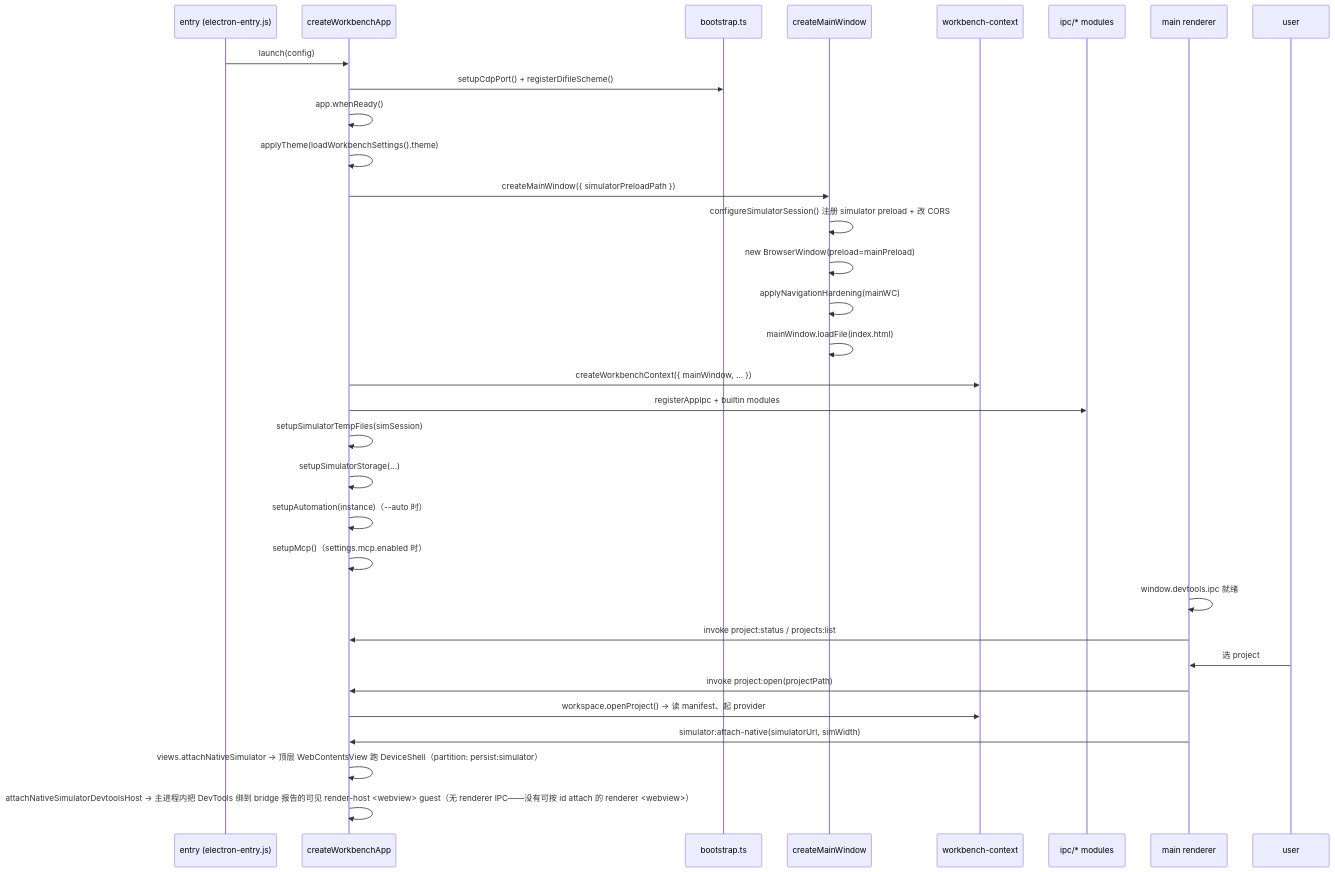
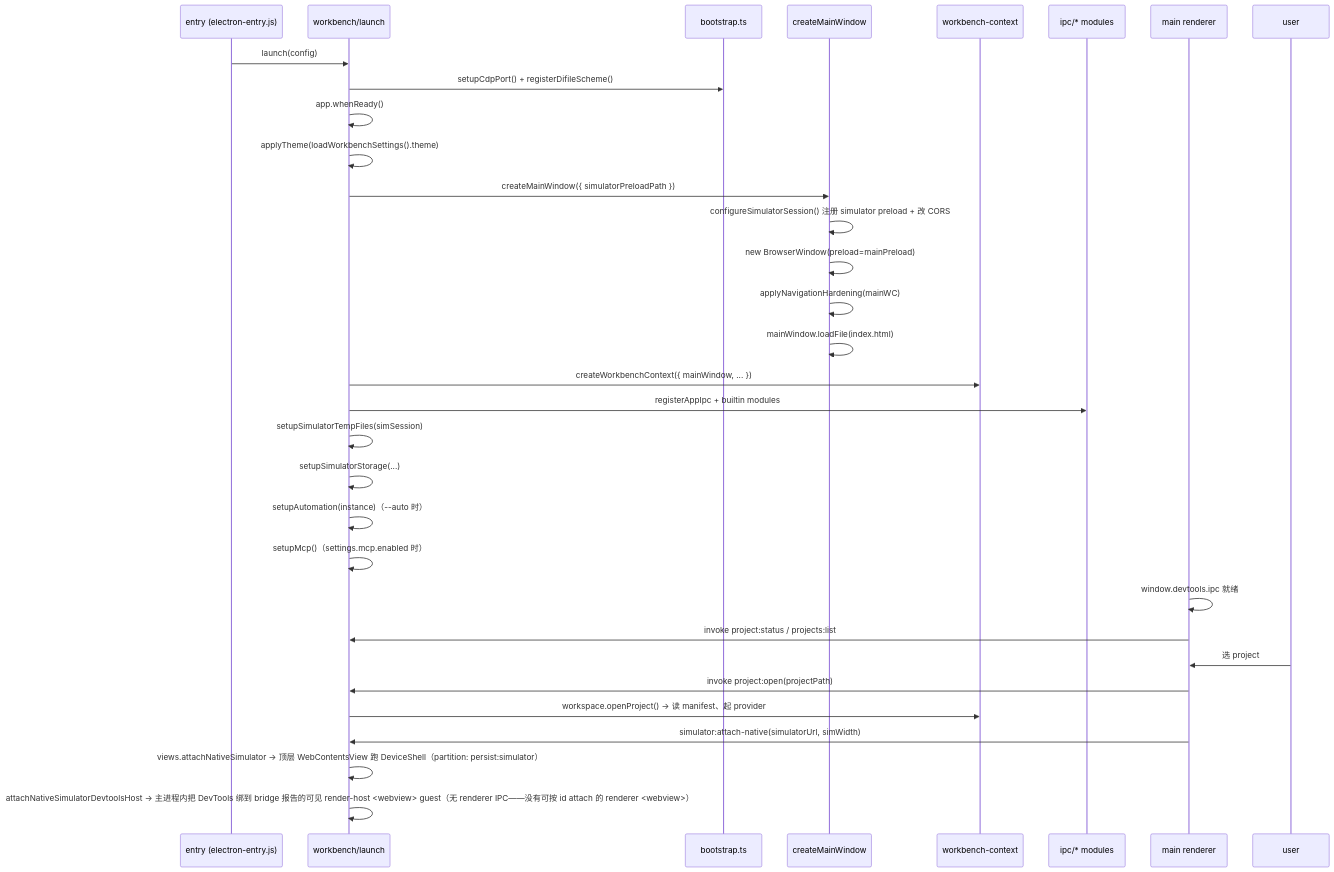
Before and after one commit to EchoTechFE/dimina-kit: the diagram in packages/devtools/docs/electron-container.md, drawn with Mermaid. The commit also changed 170 other files, not shown here.

````diff
--- a/packages/devtools/docs/electron-container.md
+++ b/packages/devtools/docs/electron-container.md
@@ -354,35 +354,35 @@
 ```mermaid
 sequenceDiagram
   participant Entry as entry (electron-entry.js)
-  participant App as createWorkbenchApp
+  participant App as workbench/launch
   participant Boot as bootstrap.ts
   participant Win as createMainWindow
   participant Ctx as workbench-context
   participant Ipc as ipc/* modules
   participant R as main renderer
   participant U as user
 
   Entry->>App: launch(config)
   App->>Boot: setupCdpPort() + registerDifileScheme()
   App->>App: app.whenReady()
   App->>App: applyTheme(loadWorkbenchSettings().theme)
   App->>Win: createMainWindow({ simulatorPreloadPath })
   Win->>Win: configureSimulatorSession() 注册 simulator preload + 改 CORS
   Win->>Win: new BrowserWindow(preload=mainPreload)
   Win->>Win: applyNavigationHardening(mainWC)
   Win->>Win: mainWindow.loadFile(index.html)
   App->>Ctx: createWorkbenchContext({ mainWindow, ... })
   App->>Ipc: registerAppIpc + builtin modules
   App->>App: setupSimulatorTempFiles(simSession)
   App->>App: setupSimulatorStorage(...)
   App->>App: setupAutomation(instance)（--auto 时）
   App->>App: setupMcp()（settings.mcp.enabled 时）
   R->>R: window.devtools.ipc 就绪
   R->>App: invoke project:status / projects:list
   U->>R: 选 project
   R->>App: invoke project:open(projectPath)
   App->>Ctx: workspace.openProject() → 读 manifest、起 provider
   R->>App: simulator:attach-native(simulatorUrl, simWidth)
   App->>App: views.attachNativeSimulator → 顶层 WebContentsView 跑 DeviceShell（partition: persist:simulator）
   App->>App: attachNativeSimulatorDevtoolsHost → 主进程内把 DevTools 绑到 bridge 报告的可见 render-host <webview> guest（无 renderer IPC——没有可按 id attach 的 renderer <webview>）
 ```
````
